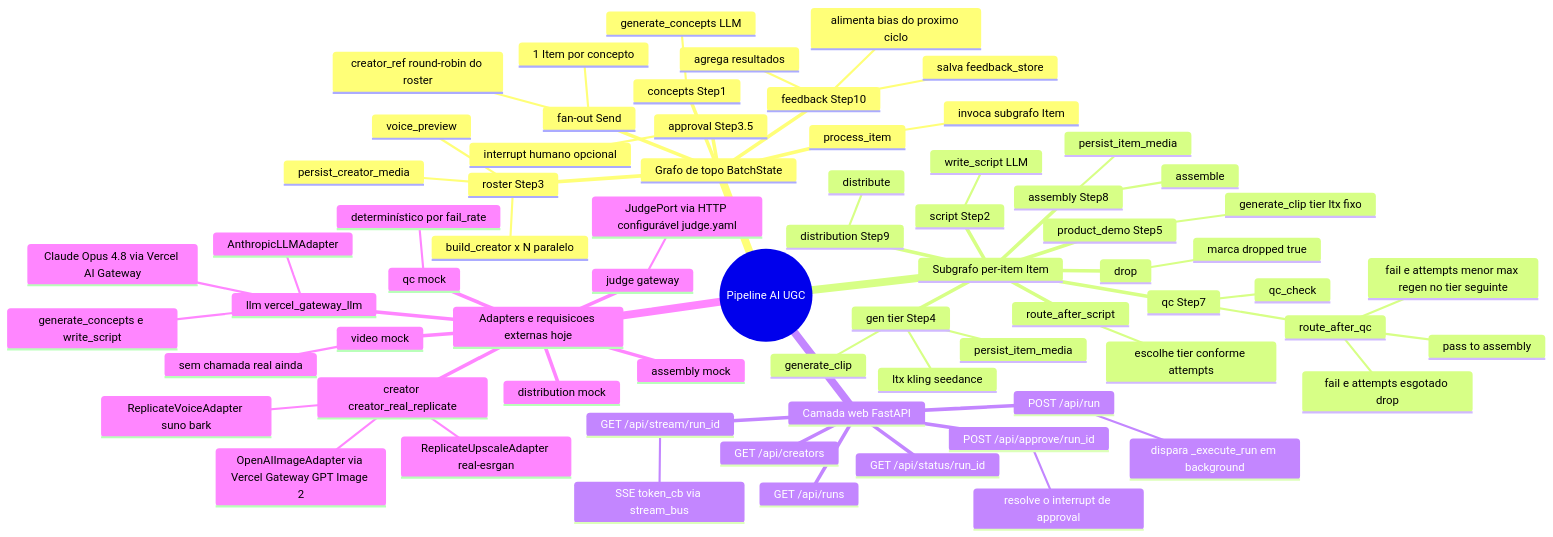
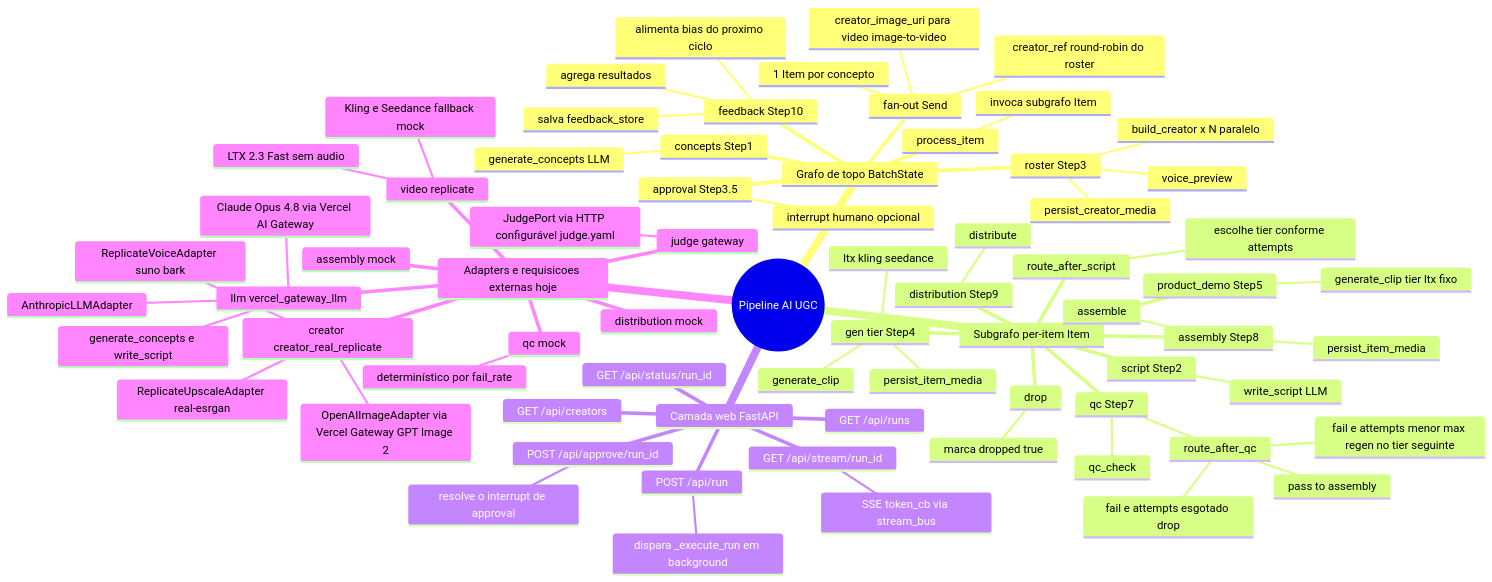
One commit to Lazaroenrico/video-orchestration-ai changed the first of 2 diagrams in docs/FLOW_MINDMAP.md. Above: the diagram before and after it, drawn with Mermaid. The commit also changed other lines of this file and 23 other files, not shown here.

First line of the commit message:
feat: vídeo real via Replicate LTX 2.3 Fast + recuperação de histórico de creators

````diff
--- a/docs/FLOW_MINDMAP.md
+++ b/docs/FLOW_MINDMAP.md
@@ -9,73 +9,75 @@
 ```mermaid
 mindmap
   root((Pipeline AI UGC))
     Grafo de topo BatchState
       roster Step3
         build_creator x N paralelo
         persist_creator_media
         voice_preview
       approval Step3.5
         interrupt humano opcional
       concepts Step1
         generate_concepts LLM
       fan-out Send
         1 Item por concepto
         creator_ref round-robin do roster
+        creator_image_uri para video image-to-video
       process_item
         invoca subgrafo Item
       feedback Step10
         agrega resultados
         salva feedback_store
         alimenta bias do proximo ciclo
     Subgrafo per-item Item
       script Step2
         write_script LLM
       route_after_script
         escolhe tier conforme attempts
       gen tier Step4
         ltx kling seedance
         generate_clip
         persist_item_media
       product_demo Step5
         generate_clip tier ltx fixo
       qc Step7
         qc_check
         route_after_qc
           pass to assembly
           fail e attempts menor max regen no tier seguinte
           fail e attempts esgotado drop
       assembly Step8
         assemble
         persist_item_media
       distribution Step9
         distribute
       drop
         marca dropped true
     Camada web FastAPI
       POST /api/run
         dispara _execute_run em background
       GET /api/stream/run_id
         SSE token_cb via stream_bus
       POST /api/approve/run_id
         resolve o interrupt de approval
       GET /api/creators
       GET /api/runs
       GET /api/status/run_id
     Adapters e requisicoes externas hoje
       llm vercel_gateway_llm
         AnthropicLLMAdapter
         Claude Opus 4.8 via Vercel AI Gateway
         generate_concepts e write_script
       creator creator_real_replicate
         OpenAIImageAdapter via Vercel Gateway GPT Image 2
         ReplicateUpscaleAdapter real-esrgan
         ReplicateVoiceAdapter suno bark
-      video mock
-        sem chamada real ainda
+      video replicate
+        LTX 2.3 Fast sem audio
+        Kling e Seedance fallback mock
       qc mock
         determinístico por fail_rate
       assembly mock
       distribution mock
       judge gateway
         JudgePort via HTTP configurável judge.yaml
 ```
````
